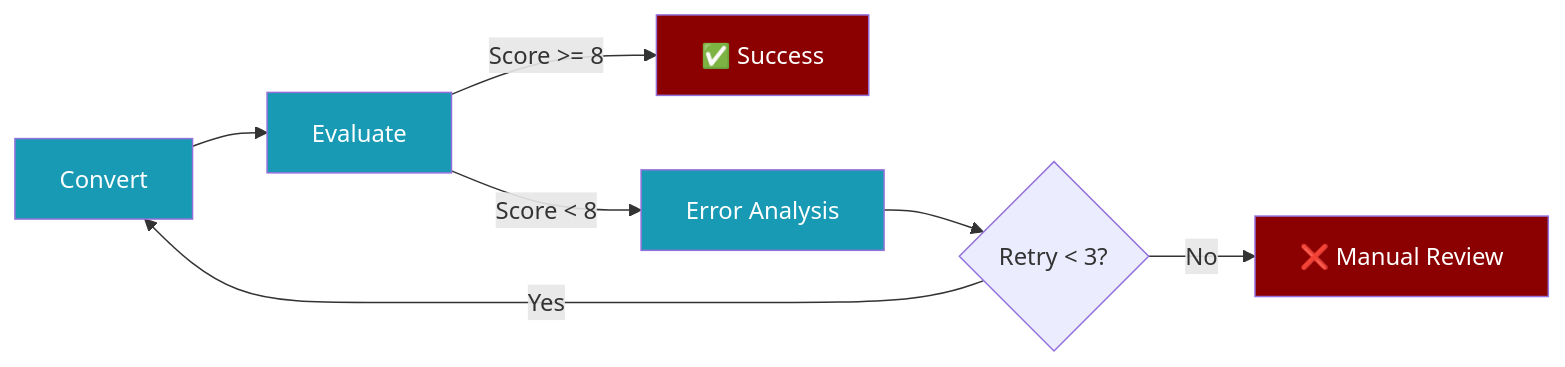
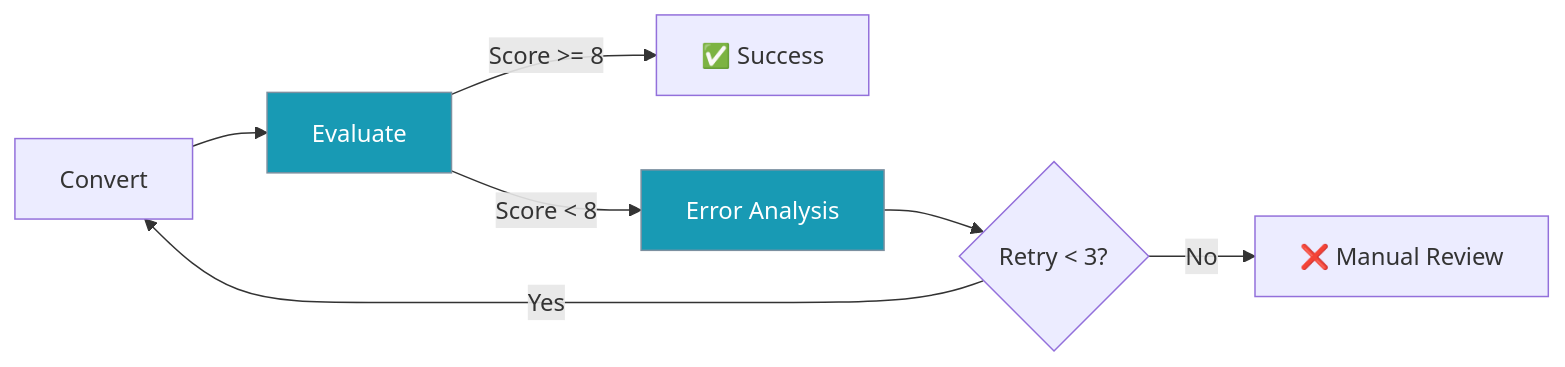
One commit to MervinPraison/PraisonAIDocs changed the second of 3 diagrams in docs/features/migrate.mdx. Above: the diagram before and after it, drawn with Mermaid. The commit also changed other lines of this file and 19 other files, not shown here.

First line of the commit message:
docs: fix remaining style→classDef in secondary diagrams (PR #1384 follow-up)

````diff
--- a/docs/features/migrate.mdx
+++ b/docs/features/migrate.mdx
@@ -175,15 +174,12 @@
 ```mermaid
 flowchart LR
     A[Convert] --> B[Evaluate]
     B -->|Score >= 8| C[✅ Success]
     B -->|Score < 8| D[Error Analysis]
     D --> E{Retry < 3?}
     E -->|Yes| A
     E -->|No| F[❌ Manual Review]
     
-    style A fill:#189AB4,color:#fff
-    style B fill:#189AB4,color:#fff
-    style C fill:#8B0000,color:#fff
-    style D fill:#189AB4,color:#fff
-    style F fill:#8B0000,color:#fff
+    classDef tool fill:#189AB4,stroke:#7C90A0,color:#fff
+    class B,D tool
 ```
````
